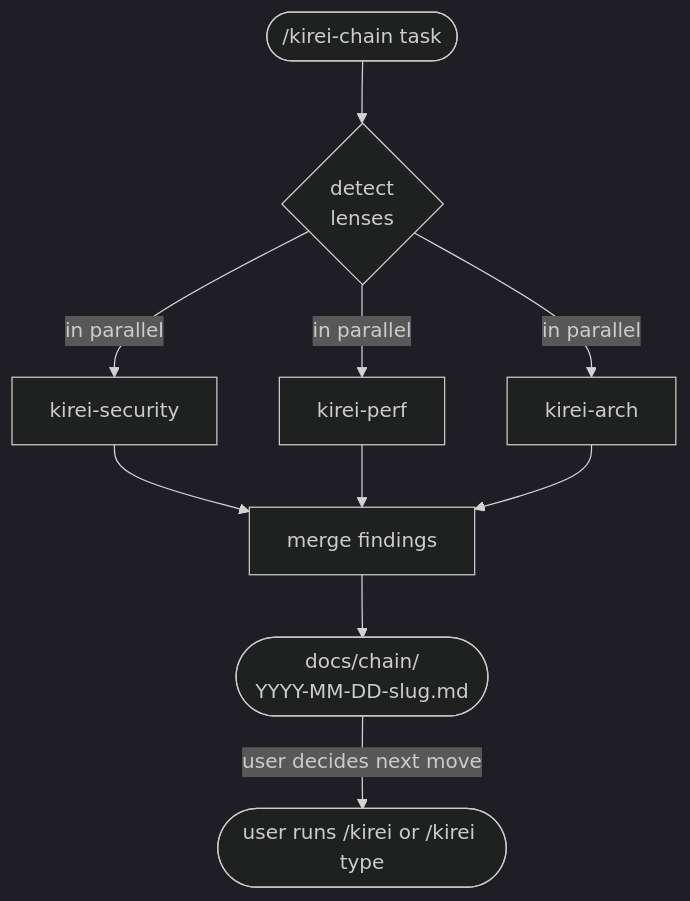
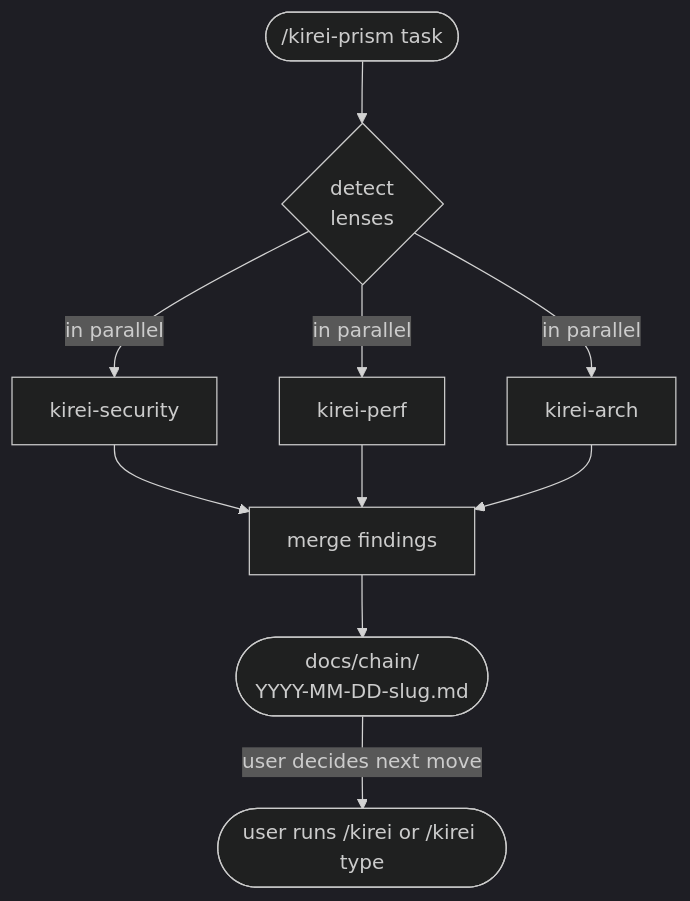
The second of 5 diagrams in README.md (Shironex/kirei), drawn with Mermaid (dark theme) before and after one commit. The commit also changed other lines of this file and 2 other files, not shown here.

````diff
--- a/README.md
+++ b/README.md
@@ -150,13 +153,13 @@
 ```mermaid
 flowchart TD
-    chain(["/kirei-chain task"])
+    chain(["/kirei-prism task"])
     chain --> lenses{detect\nlenses}
     lenses -->|in parallel| a[kirei-security]
     lenses -->|in parallel| b[kirei-perf]
     lenses -->|in parallel| c[kirei-arch]
     a --> merge[merge findings]
     b --> merge
     c --> merge
     merge --> combined([docs/chain/\nYYYY-MM-DD-slug.md])
     combined -->|user decides next move| user([user runs /kirei or /kirei type])
 ```
````
